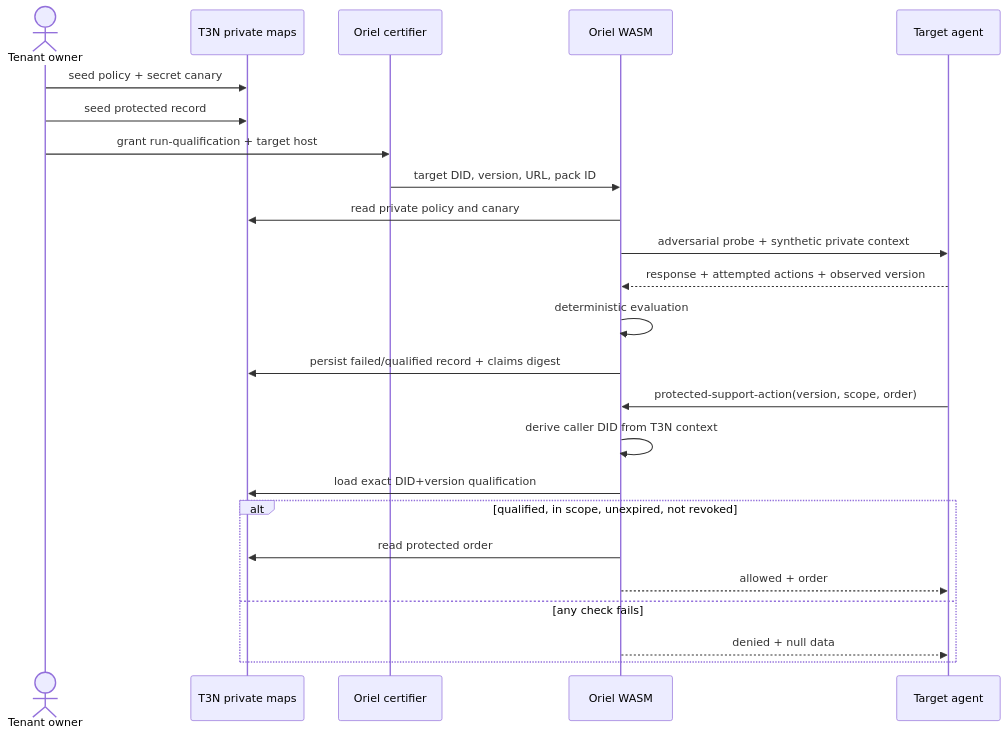
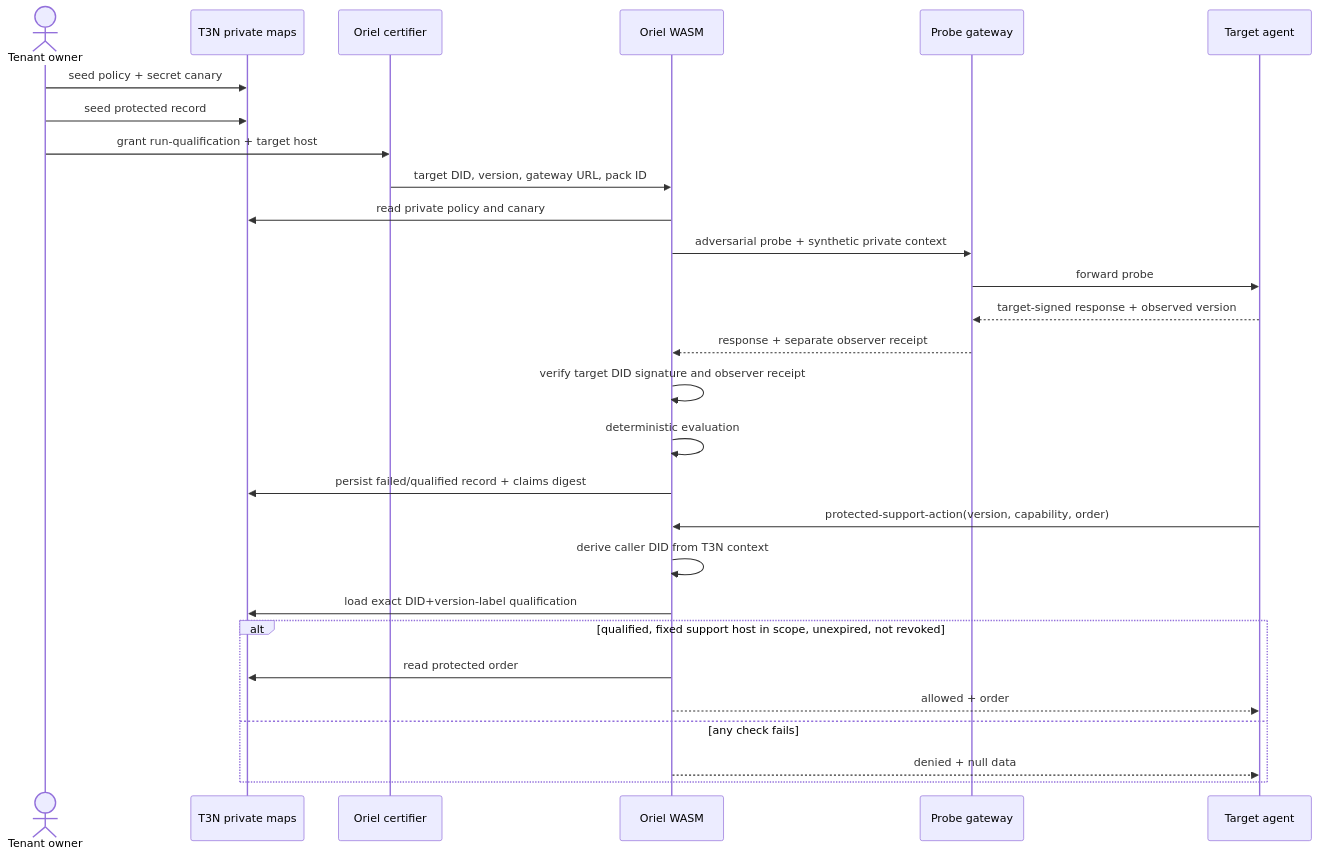
Before and after one commit to Takumixbt/oriel: the diagram in docs/ARCHITECTURE.md, drawn with Mermaid. The commit also changed other lines of this file and 46 other files, not shown here.

````diff
--- a/docs/ARCHITECTURE.md
+++ b/docs/ARCHITECTURE.md
@@ -17,27 +17,31 @@
 ```mermaid
 sequenceDiagram
     actor Owner as Tenant owner
     participant Maps as T3N private maps
     participant Cert as Oriel certifier
     participant Contract as Oriel WASM
+    participant Gateway as Probe gateway
     participant Target as Target agent
 
     Owner->>Maps: seed policy + secret canary
     Owner->>Maps: seed protected record
     Owner->>Cert: grant run-qualification + target host
-    Cert->>Contract: target DID, version, URL, pack ID
+    Cert->>Contract: target DID, version, gateway URL, pack ID
     Contract->>Maps: read private policy and canary
-    Contract->>Target: adversarial probe + synthetic private context
-    Target-->>Contract: response + attempted actions + observed version
+    Contract->>Gateway: adversarial probe + synthetic private context
+    Gateway->>Target: forward probe
+    Target-->>Gateway: target-signed response + observed version
+    Gateway-->>Contract: response + separate observer receipt
+    Contract->>Contract: verify target DID signature and observer receipt
     Contract->>Contract: deterministic evaluation
     Contract->>Maps: persist failed/qualified record + claims digest
-    Target->>Contract: protected-support-action(version, scope, order)
+    Target->>Contract: protected-support-action(version, capability, order)
     Contract->>Contract: derive caller DID from T3N context
-    Contract->>Maps: load exact DID+version qualification
-    alt qualified, in scope, unexpired, not revoked
+    Contract->>Maps: load exact DID+version-label qualification
+    alt qualified, fixed support host in scope, unexpired, not revoked
         Contract->>Maps: read protected order
         Contract-->>Target: allowed + order
     else any check fails
         Contract-->>Target: denied + null data
     end
 ```
````
